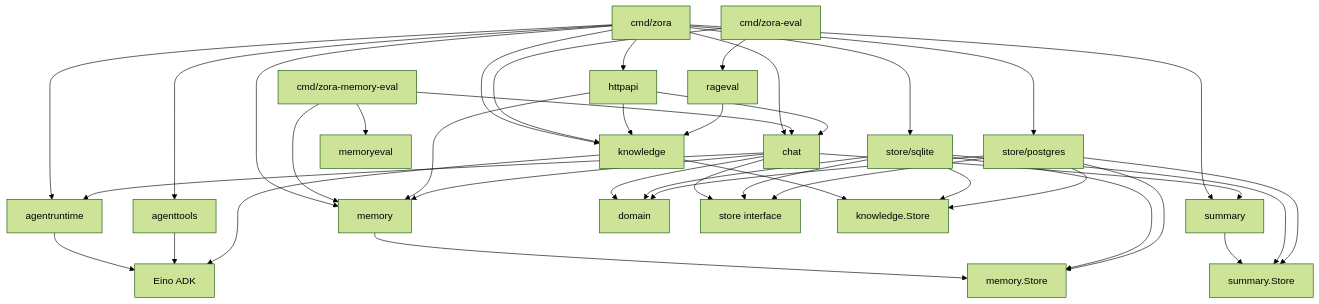
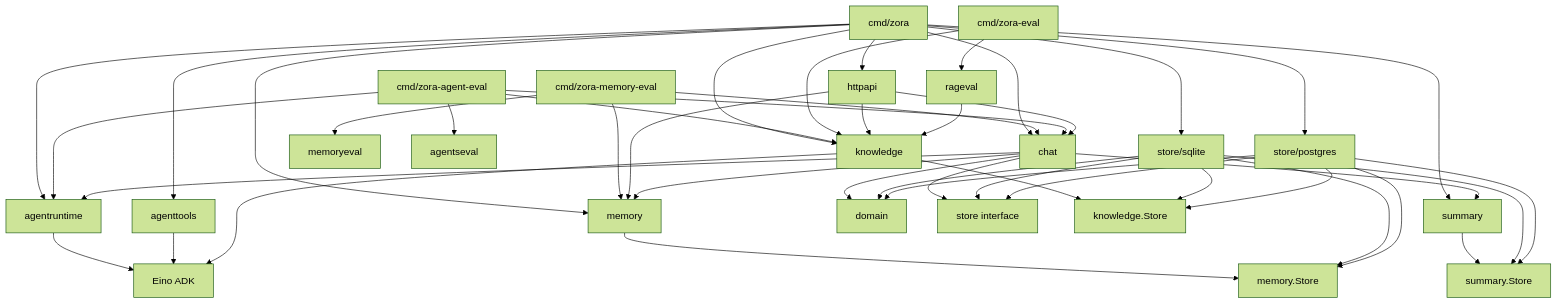
One commit to zora-DD/zora changed the first of 7 diagrams in docs/technical-design.md. Above: the diagram before and after it, drawn with Mermaid (forest theme). The commit also changed other lines of this file and 25 other files, not shown here.

````diff
--- a/docs/technical-design.md
+++ b/docs/technical-design.md
@@ -52,42 +57,46 @@
 ```mermaid
 flowchart TD
     Main["cmd/zora"] --> HTTP["httpapi"]
     Main --> Chat["chat"]
     Main --> Runtime["agentruntime"]
     Main --> SQLite["store/sqlite"]
     Main --> Postgres["store/postgres"]
     Main --> Tools["agenttools"]
     Main --> Knowledge["knowledge"]
     Main --> Memory["memory"]
     Main --> Summary["summary"]
     MemoryEval["cmd/zora-memory-eval"] --> MemoryAB["memoryeval"]
     MemoryEval --> Chat
     MemoryEval --> Memory
+    AgentEval["cmd/zora-agent-eval"] --> AgentsEval["agentseval"]
+    AgentEval --> Chat
+    AgentEval --> Runtime
+    AgentEval --> Knowledge
     Eval["cmd/zora-eval"] --> RAGEval["rageval"]
     Eval --> Knowledge
     HTTP --> Chat
     HTTP --> Knowledge
     HTTP --> Memory
     Chat --> Domain["domain"]
     Chat --> Store["store interface"]
     Chat --> Runtime
     Chat --> Memory
     Chat --> Summary
     Runtime --> Eino["Eino ADK"]
     Tools --> Eino
     Knowledge --> Eino
     Knowledge --> KStore["knowledge.Store"]
     Memory --> MStore["memory.Store"]
     Summary --> SStore["summary.Store"]
     RAGEval --> Knowledge
     SQLite --> Store
     SQLite --> KStore
     SQLite --> MStore
     SQLite --> SStore
     SQLite --> Domain
     Postgres --> Store
     Postgres --> KStore
     Postgres --> MStore
     Postgres --> SStore
     Postgres --> Domain
 ```
````
